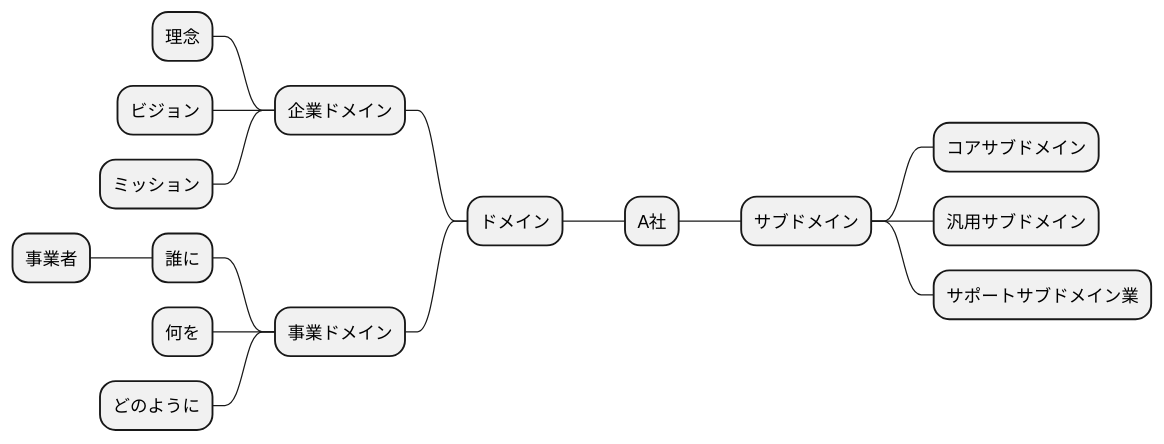
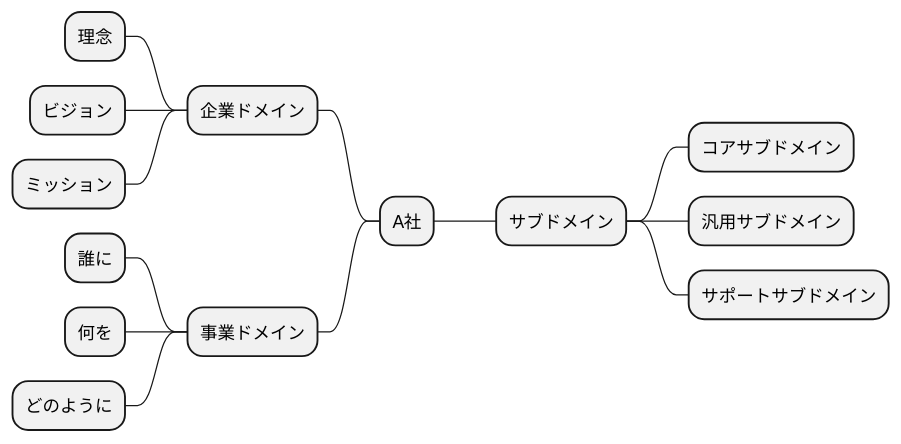
Diagram 12 of 15 in docs/case/r0X_case_X.adoc (k2works/case-sutudy-business-analysis), drawn with PlantUML before and after one commit. The commit also changed other lines of this file and 1 other file, not shown here.

```diff
--- a/docs/case/r0X_case_X.adoc
+++ b/docs/case/r0X_case_X.adoc
@@ -222,22 +242,21 @@
 [plantuml]
 ----
 @startmindmap
 
 * A社
--- ドメイン
---- 企業ドメイン
----- 理念
----- ビジョン
----- ミッション
---- 事業ドメイン
----- 誰に
------ 事業者
----- 何を
----- どのように
 ** サブドメイン
 *** コアサブドメイン
 *** 汎用サブドメイン
-*** サポートサブドメイン業
+*** サポートサブドメイン
+left side
+** 企業ドメイン
+*** 理念
+*** ビジョン
+*** ミッション
+** 事業ドメイン
+*** 誰に
+*** 何を
+*** どのように
 
 @endmindmap
 ----
```
